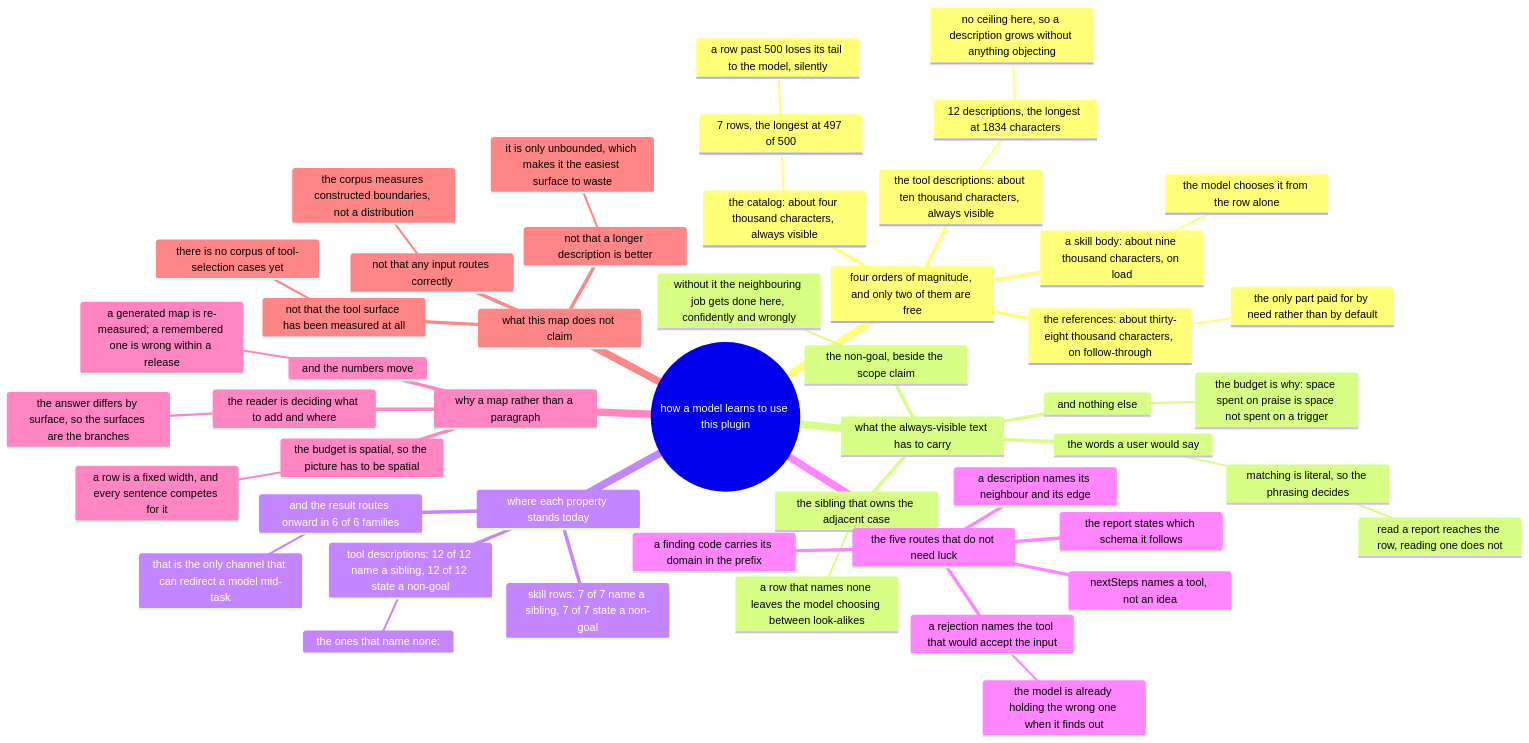
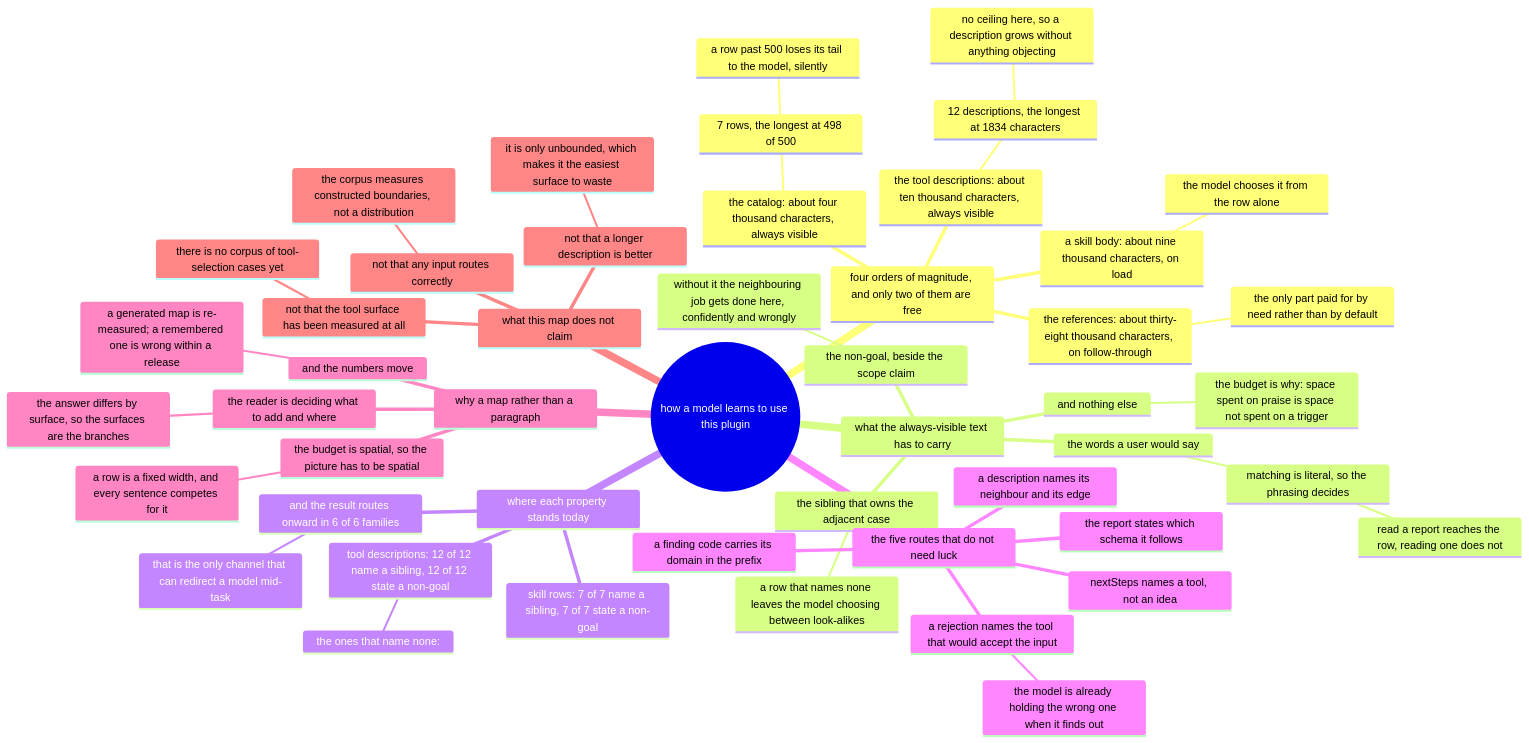
One commit to AmethystLuna/dsh-model-everything changed the diagram in docs/toolset/mindmap.mmd. Above: the diagram before and after it, drawn with Mermaid. The commit also changed 23 other files, not shown here.

```diff
--- a/docs/toolset/mindmap.mmd
+++ b/docs/toolset/mindmap.mmd
@@ -1,50 +1,50 @@
 mindmap
 root((how a model learns to use this plugin))
   four orders of magnitude, and only two of them are free
     the catalog: about four thousand characters, always visible
-      7 rows, the longest at 497 of 500
+      7 rows, the longest at 498 of 500
         a row past 500 loses its tail to the model, silently
     the tool descriptions: about ten thousand characters, always visible
       12 descriptions, the longest at 1834 characters
         no ceiling here, so a description grows without anything objecting
     a skill body: about nine thousand characters, on load
       the model chooses it from the row alone
     the references: about thirty-eight thousand characters, on follow-through
       the only part paid for by need rather than by default
   what the always-visible text has to carry
     the words a user would say
       matching is literal, so the phrasing decides
         read a report reaches the row, reading one does not
     the sibling that owns the adjacent case
       a row that names none leaves the model choosing between look-alikes
     the non-goal, beside the scope claim
       without it the neighbouring job gets done here, confidently and wrongly
     and nothing else
       the budget is why: space spent on praise is space not spent on a trigger
   where each property stands today
     skill rows: 7 of 7 name a sibling, 7 of 7 state a non-goal
     tool descriptions: 12 of 12 name a sibling, 12 of 12 state a non-goal
       the ones that name none: 
     and the result routes onward in 6 of 6 families
       that is the only channel that can redirect a model mid-task
   the five routes that do not need luck
     a rejection names the tool that would accept the input
       the model is already holding the wrong one when it finds out
     nextSteps names a tool, not an idea
     a finding code carries its domain in the prefix
     the report states which schema it follows
     a description names its neighbour and its edge
   why a map rather than a paragraph
     the budget is spatial, so the picture has to be spatial
       a row is a fixed width, and every sentence competes for it
     the reader is deciding what to add and where
       the answer differs by surface, so the surfaces are the branches
     and the numbers move
       a generated map is re-measured; a remembered one is wrong within a release
   what this map does not claim
     not that any input routes correctly
       the corpus measures constructed boundaries, not a distribution
     not that the tool surface has been measured at all
       there is no corpus of tool-selection cases yet
     not that a longer description is better
       it is only unbounded, which makes it the easiest surface to waste
```
